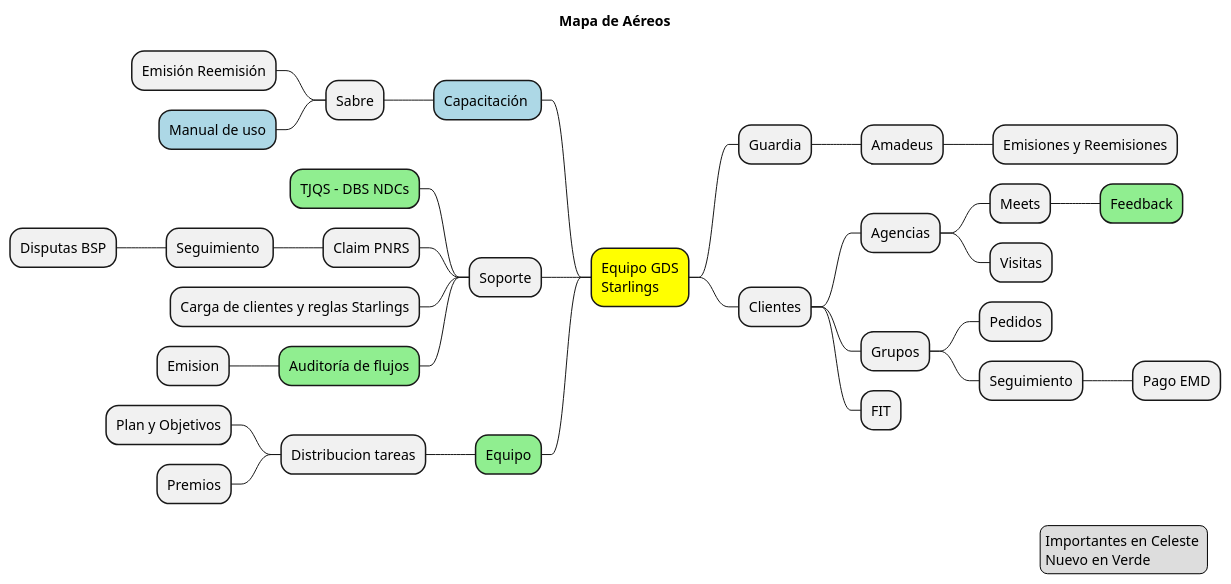
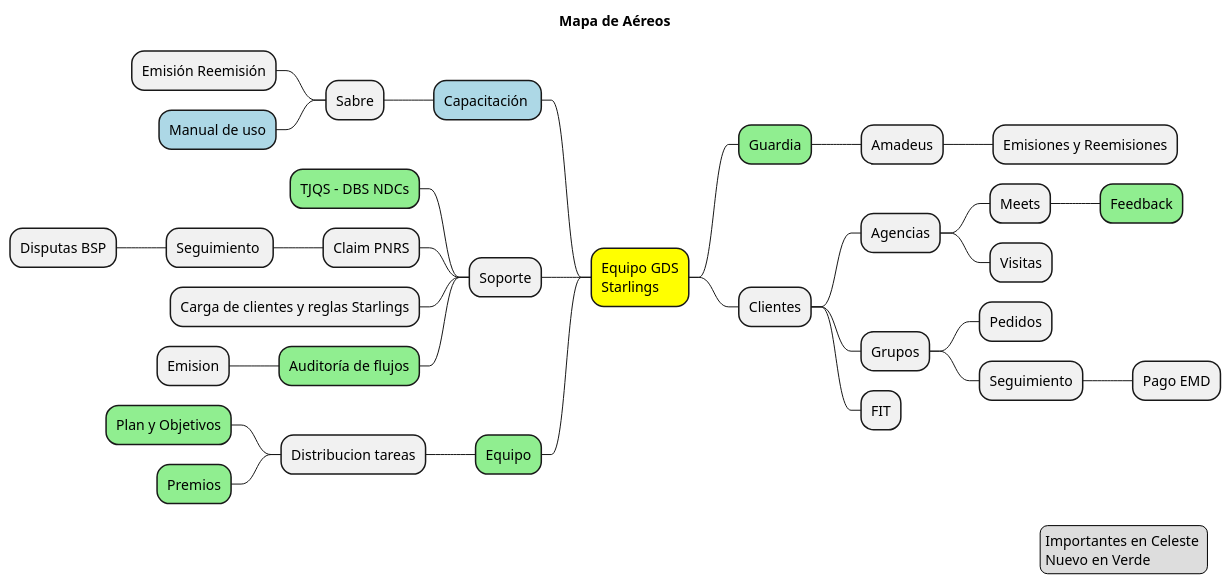
Before and after one commit to MarcoCenturion/Linux: the diagram in planuml_procesos.md, drawn with PlantUML.

Commit message:
Plantuml

````diff
--- a/planuml_procesos.md
+++ b/planuml_procesos.md
@@ -1,41 +1,41 @@
 ```plantuml
 @startmindmap
 title Mapa de Aéreos
 *[#yellow] Equipo GDS\nStarlings
-** Guardia
+**[#lightgreen]  Guardia
 *** Amadeus
 **** Emisiones y Reemisiones
 ** Clientes
 *** Agencias
 **** Meets
 *****[#lightgreen] Feedback
 **** Visitas
 *** Grupos
 **** Pedidos
 **** Seguimiento
 ***** Pago EMD
 *** FIT
 
 left side
 **[#lightblue] Capacitación 
 *** Sabre
 **** Emisión Reemisión
 ****[#lightblue] Manual de uso
 ** Soporte
 ***[#lightgreen] TJQS - DBS NDCs
 *** Claim PNRS
 **** Seguimiento 
 ***** Disputas BSP
 *** Carga de clientes y reglas Starlings
 ***[#lightgreen] Auditoría de flujos
 **** Emision
 **[#lightgreen] Equipo
 *** Distribucion tareas
-**** Plan y Objetivos
-**** Premios
+****[#lightgreen]  Plan y Objetivos
+****[#lightgreen]  Premios
 legend right
    Importantes en Celeste 
    Nuevo en Verde  
 endlegend
 @endmindmapp
 ```
````
